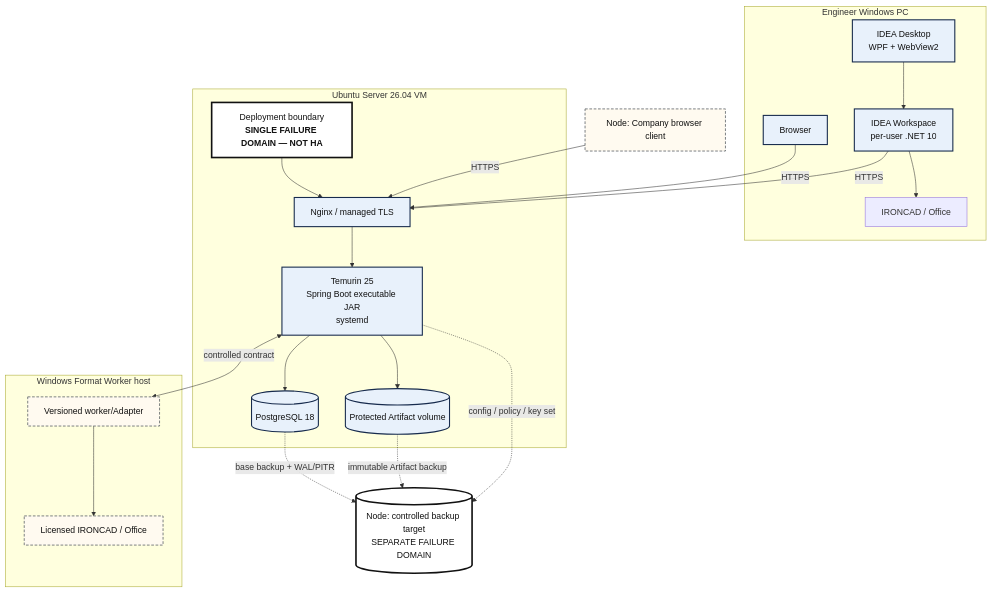
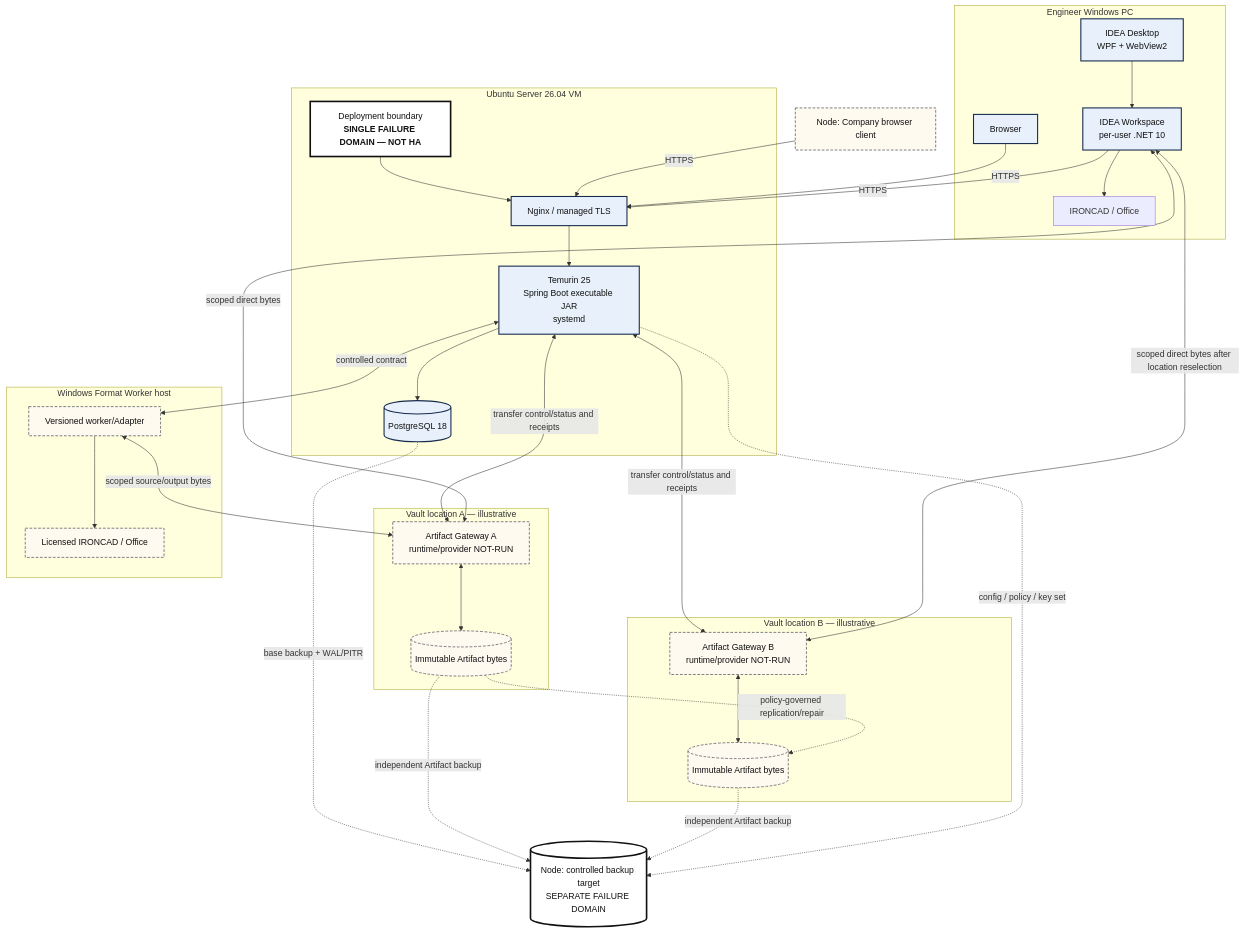
Before and after one commit to devphuclam/IDEAEngineering: the fifth of 8 diagrams in docs/product/instances/idea-engineering/technology/IDEA-core-v0-technology-architecture-views.md, drawn with Mermaid. The commit also changed other lines of this file and 496 other files, not shown here.

Commit message:
docs: update vault architecture and clean repository evidence

````diff
--- a/docs/product/instances/idea-engineering/technology/IDEA-core-v0-technology-architecture-views.md
+++ b/docs/product/instances/idea-engineering/technology/IDEA-core-v0-technology-architecture-views.md
@@ -273,49 +316,66 @@
 ```mermaid
 flowchart TB
-    accTitle: Initial Core v0 deployment with explicit non high availability boundary
-    accDescr: Engineer Windows computers run a browser, WPF WebView2 Desktop, per-user Workspace and external engineering tools. Other company devices may use the browser. One Ubuntu Server virtual machine runs Nginx, Temurin and Spring Boot, PostgreSQL and the private Artifact volume. A separate Windows host may run the Format Worker. A separate failure-domain backup target receives coordinated database artifact configuration policy and key backups. The single server virtual machine is explicitly not high availability.
+    accTitle: Initial Core v0 deployment with one control-plane Server and multiple Vault locations
+    accDescr: Engineer Windows computers run a browser, WPF WebView2 Desktop, per-user Workspace and external engineering tools. One Ubuntu Server virtual machine runs Nginx, Temurin, Spring Boot and PostgreSQL. Large file bytes bypass this Server and move through a selected Artifact Gateway to one of multiple Vault locations. Vault-to-Vault replication is policy governed. A separate backup target protects database, Artifact, configuration, policy and key recovery sets. Multiple Vaults do not make the Server highly available.
 
     subgraph EngineerPC[Engineer Windows PC]
       Browser[Browser]
       Desktop[IDEA Desktop<br/>WPF + WebView2]
       Workspace[IDEA Workspace<br/>per-user .NET 10]
       CAD[IRONCAD / Office]
       Desktop --> Workspace --> CAD
     end
 
     CompanyBrowser[Node: Company browser client]
 
     subgraph ServerVM[Ubuntu Server 26.04 VM]
       NoHA[Deployment boundary<br/><b>SINGLE FAILURE DOMAIN — NOT HA</b>]
       Proxy[Nginx / managed TLS]
       Server[Temurin 25<br/>Spring Boot executable JAR<br/>systemd]
       DB[(PostgreSQL 18)]
-      Store[(Protected Artifact volume)]
       NoHA --> Proxy --> Server
       Server --> DB
-      Server --> Store
+    end
+
+    subgraph VaultSiteA[Vault location A — illustrative]
+      GatewayA[Artifact Gateway A<br/>runtime/provider NOT-RUN]
+      VaultA[(Immutable Artifact bytes)]
+      GatewayA <--> VaultA
+    end
+
+    subgraph VaultSiteB[Vault location B — illustrative]
+      GatewayB[Artifact Gateway B<br/>runtime/provider NOT-RUN]
+      VaultB[(Immutable Artifact bytes)]
+      GatewayB <--> VaultB
     end
 
     subgraph FormatHost[Windows Format Worker host]
       Worker[Versioned worker/Adapter]
       Licensed[Licensed IRONCAD / Office]
       Worker --> Licensed
     end
 
     Backup[(Node: controlled backup target<br/>SEPARATE FAILURE DOMAIN)]
 
     Browser -->|HTTPS| Proxy
     CompanyBrowser -->|HTTPS| Proxy
     Workspace -->|HTTPS| Proxy
+    Server <-->|transfer control/status and receipts| GatewayA
+    Server <-->|transfer control/status and receipts| GatewayB
+    Workspace <--> |scoped direct bytes| GatewayA
+    Workspace <--> |scoped direct bytes after location reselection| GatewayB
+    VaultA -. policy-governed replication/repair .-> VaultB
     Server <--> |controlled contract| Worker
+    Worker <-->|scoped source/output bytes| GatewayA
     DB -. base backup + WAL/PITR .-> Backup
-    Store -. immutable Artifact backup .-> Backup
+    VaultA -. independent Artifact backup .-> Backup
+    VaultB -. independent Artifact backup .-> Backup
     Server -. config / policy / key set .-> Backup
 
     classDef selected fill:#e8f1fb,stroke:#172b4d,stroke-width:2px,color:#111;
     classDef external fill:#fffaf0,stroke:#5f6368,stroke-width:1.5px,stroke-dasharray:5 3,color:#111;
     classDef warning fill:#fff,stroke:#111,stroke-width:3px,color:#111;
-    class Browser,Desktop,Workspace,Proxy,Server,DB,Store selected;
-    class CompanyBrowser,Worker,Licensed external;
+    class Browser,Desktop,Workspace,Proxy,Server,DB selected;
+    class CompanyBrowser,Worker,Licensed,GatewayA,GatewayB,VaultA,VaultB external;
     class NoHA,Backup warning;
 ```
````
